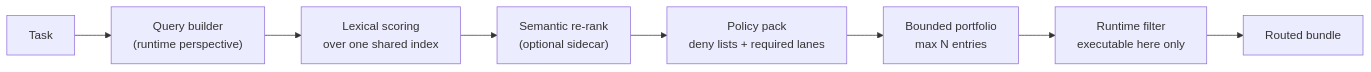
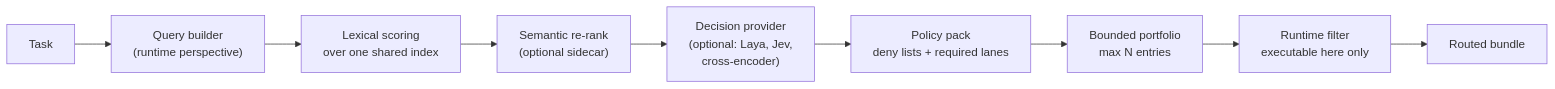
One commit to Hannay001/lockkeeper changed the first of 2 diagrams in README.md. Above: the diagram before and after it, drawn with Mermaid. The commit also changed other lines of this file and 4 other files, not shown here.

````diff
--- a/README.md
+++ b/README.md
@@ -51,10 +51,11 @@
 ```mermaid
 flowchart LR
     T["Task"] --> Q["Query builder<br/>(runtime perspective)"]
     Q --> S["Lexical scoring<br/>over one shared index"]
     S --> O["Semantic re-rank<br/>(optional sidecar)"]
-    O --> P["Policy pack<br/>deny lists + required lanes"]
+    O --> D["Decision provider<br/>(optional: Laya, Jev,<br/>cross-encoder)"]
+    D --> P["Policy pack<br/>deny lists + required lanes"]
     P --> B["Bounded portfolio<br/>max N entries"]
     B --> F["Runtime filter<br/>executable here only"]
     F --> R["Routed bundle"]
 ```
````
